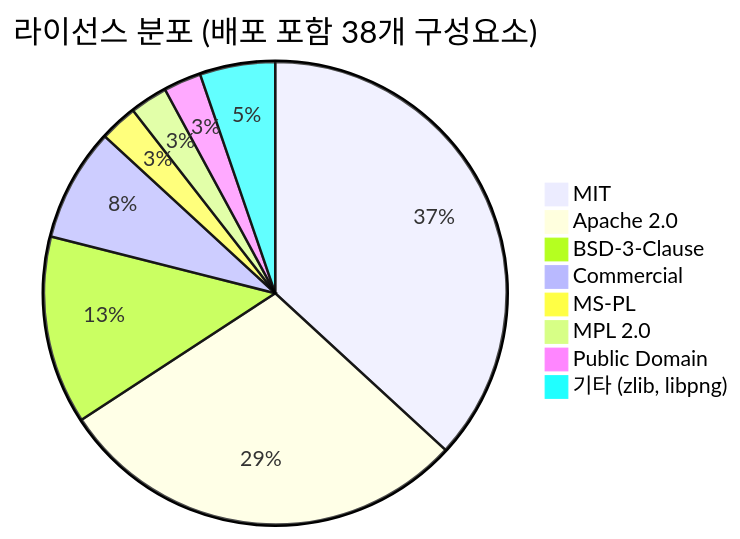
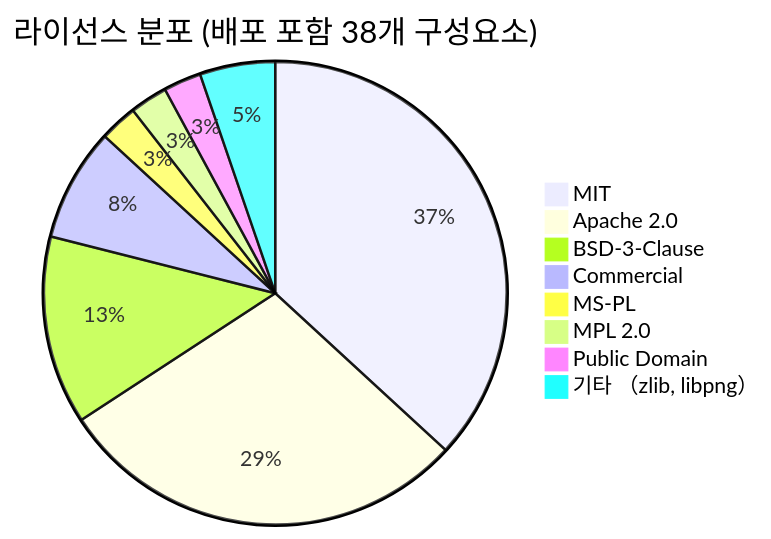
Before and after one commit to holee9/console-gui: the fifth of 5 diagrams in docs/regulatory/DOC-019_SBOM_v1.0.md, drawn with Mermaid. The commit also changed 19 other files, not shown here.

First line of the commit message:
fix: quadrantChart/pie/timeline 등 비flowchart 차트 파싱 오류 전면 수정

````diff
--- a/docs/regulatory/DOC-019_SBOM_v1.0.md
+++ b/docs/regulatory/DOC-019_SBOM_v1.0.md
@@ -369,11 +369,11 @@
 ```mermaid
 pie title 라이선스 분포 (배포 포함 38개 구성요소)
     "MIT" : 14
     "Apache 2.0" : 11
     "BSD-3-Clause" : 5
     "Commercial" : 3
     "MS-PL" : 1
     "MPL 2.0" : 1
     "Public Domain" : 1
-    "기타 (zlib, libpng)" : 2
+    "기타 （zlib, libpng）" : 2
 ```
````
